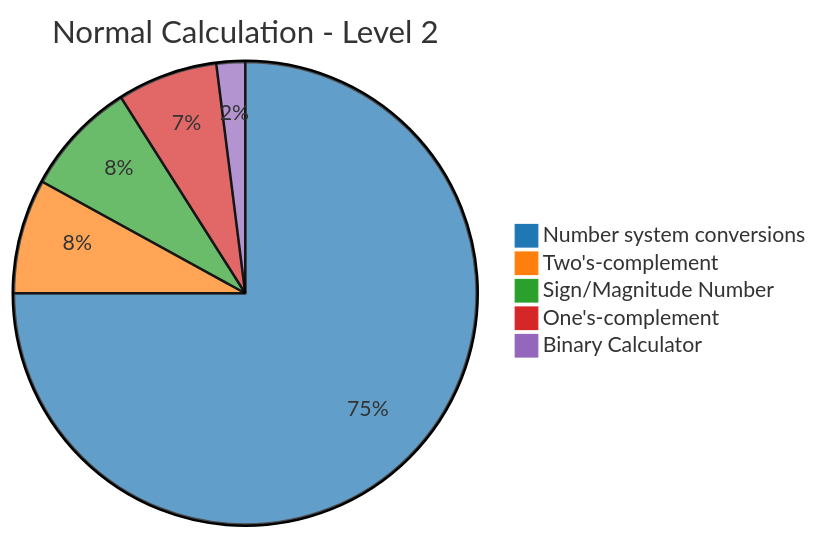
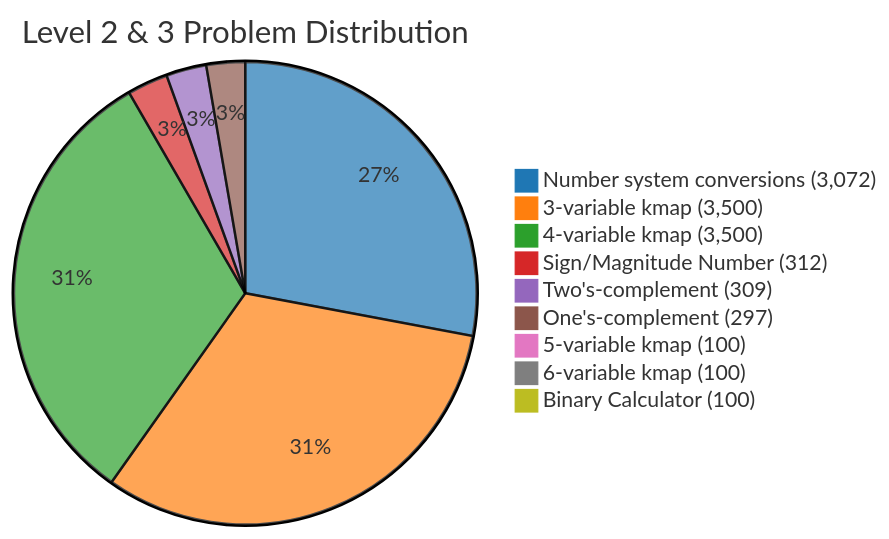
The third of 3 diagrams in README.md (duonggiang156/banchmark-edabk), drawn with Mermaid before and after one commit. The commit also changed other lines of this file, not shown here.

````diff
--- a/README.md
+++ b/README.md
@@ -127,9 +246,13 @@
 ```mermaid
-%%{init: {'theme':'base', 'themeVariables': { 'pie1': '#1f77b4', 'pie2': '#ff7f0e', 'pie3': '#2ca02c', 'pie4': '#d62728', 'pie5': '#9467bd'}}}%%
-pie title Normal Calculation - Level 2
-    "Number system conversions" : 75
-    "Two's-complement" : 8
-    "Sign/Magnitude Number" : 8
-    "One's-complement" : 7
-    "Binary Calculator" : 2
+%%{init: {'theme':'base', 'themeVariables': { 'pie1': '#1f77b4', 'pie2': '#ff7f0e', 'pie3': '#2ca02c', 'pie4': '#d62728', 'pie5': '#9467bd', 'pie6': '#8c564b', 'pie7': '#e377c2', 'pie8': '#7f7f7f', 'pie9': '#bcbd22'}}}%%
+pie title Level 2 & 3 Problem Distribution
+    "Number system conversions (3,072)" : 3072
+    "3-variable kmap (3,500)" : 3500
+    "4-variable kmap (3,500)" : 3500
+    "Sign/Magnitude Number (312)" : 312
+    "Two's-complement (309)" : 309
+    "One's-complement (297)" : 297
+    "5-variable kmap (100)" : 100
+    "6-variable kmap (100)" : 100
+    "Binary Calculator (100)" : 100
 ```
````
